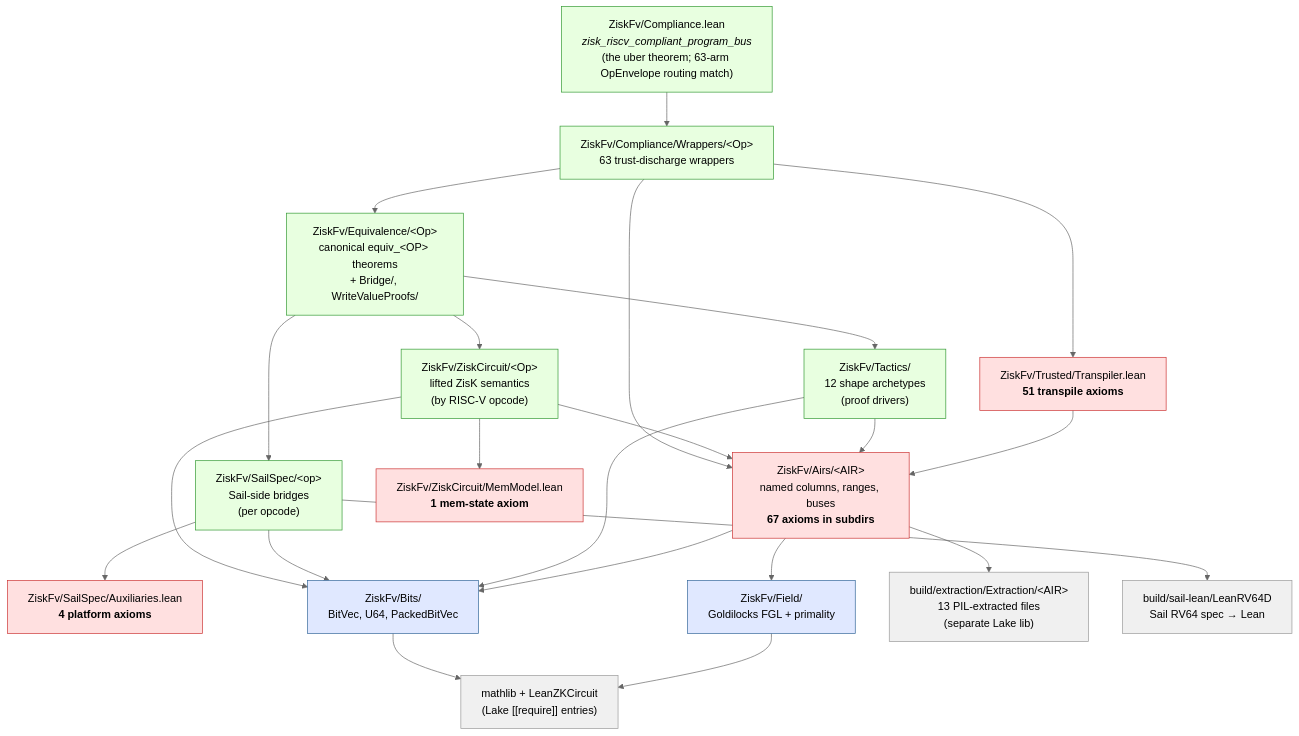
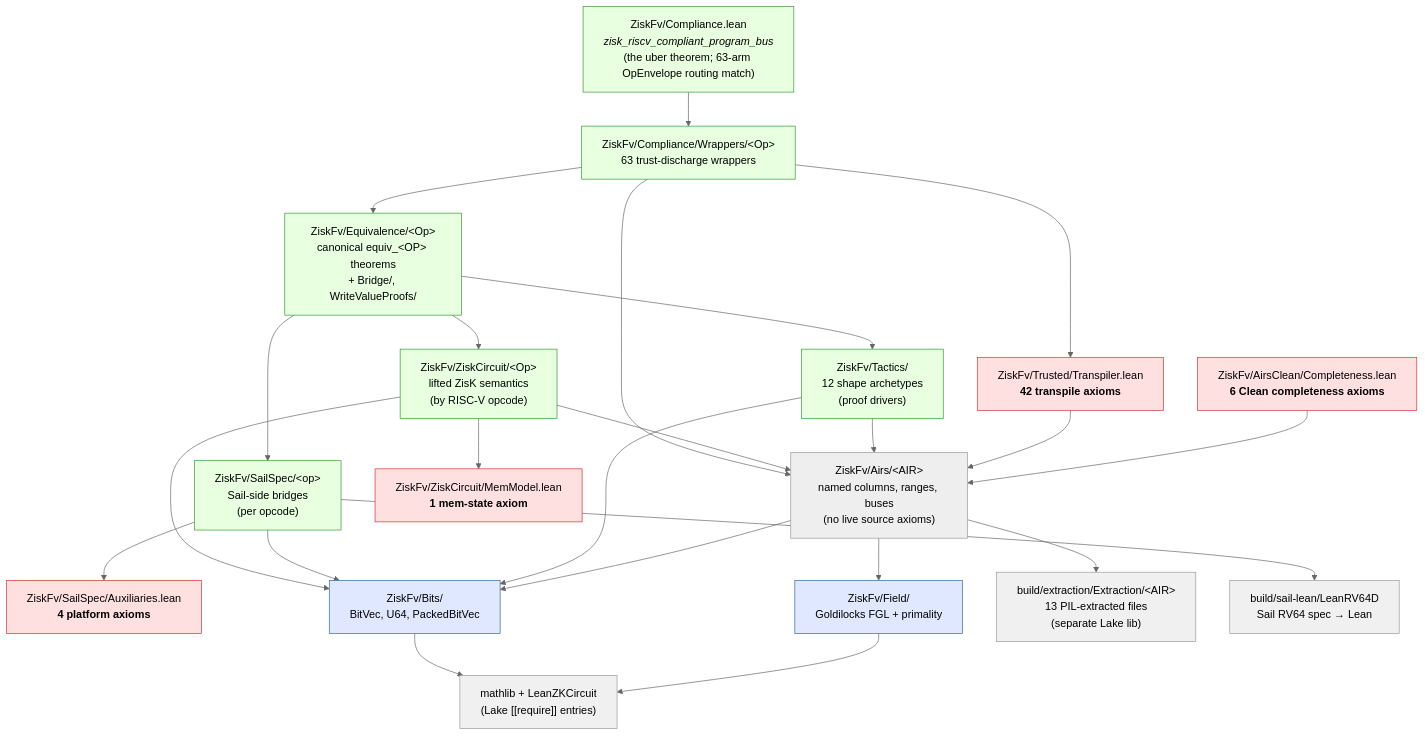
The diagram in README.md (eth-act/zisk-fv), drawn with Mermaid (neutral theme) before and after one commit. The commit also changed other lines of this file and 16 other files, not shown here.

Commit message:
docs: refresh Clean trust ledger counts

````diff
--- a/README.md
+++ b/README.md
@@ -137,49 +140,51 @@
 ```mermaid
 graph TD
   Compliance["ZiskFv/Compliance.lean<br/><i>zisk_riscv_compliant_program_bus</i><br/>(the uber theorem; 63-arm OpEnvelope routing match)"]
   Wrappers["ZiskFv/Compliance/Wrappers/&lt;Op&gt;<br/>63 trust-discharge wrappers"]
   Equiv["ZiskFv/Equivalence/&lt;Op&gt;<br/>canonical equiv_&lt;OP&gt; theorems<br/>+ Bridge/, WriteValueProofs/"]
   ZiskCircuit["ZiskFv/ZiskCircuit/&lt;Op&gt;<br/>lifted ZisK semantics<br/>(by RISC-V opcode)"]
   SailSpec["ZiskFv/SailSpec/&lt;op&gt;<br/>Sail-side bridges<br/>(per opcode)"]
   Tactics["ZiskFv/Tactics/<br/>12 shape archetypes<br/>(proof drivers)"]
-  Airs["ZiskFv/Airs/&lt;AIR&gt;<br/>named columns, ranges, buses<br/><b>67 axioms in subdirs</b>"]
-  Trusted["ZiskFv/Trusted/Transpiler.lean<br/><b>51 transpile axioms</b>"]
+  Airs["ZiskFv/Airs/&lt;AIR&gt;<br/>named columns, ranges, buses<br/>(no live source axioms)"]
+  AirsClean["ZiskFv/AirsClean/Completeness.lean<br/><b>6 Clean completeness axioms</b>"]
+  Trusted["ZiskFv/Trusted/Transpiler.lean<br/><b>42 transpile axioms</b>"]
   MemModel["ZiskFv/ZiskCircuit/MemModel.lean<br/><b>1 mem-state axiom</b>"]
   Auxiliaries["ZiskFv/SailSpec/Auxiliaries.lean<br/><b>4 platform axioms</b>"]
   Bits["ZiskFv/Bits/<br/>BitVec, U64, PackedBitVec"]
   Field["ZiskFv/Field/<br/>Goldilocks FGL + primality"]
   Extraction["build/extraction/Extraction/&lt;AIR&gt;<br/>13 PIL-extracted files<br/>(separate Lake lib)"]
   SailLean["build/sail-lean/LeanRV64D<br/>Sail RV64 spec → Lean"]
   Mathlib["mathlib + LeanZKCircuit<br/>(Lake [[require]] entries)"]
 
   Compliance --> Wrappers
   Wrappers --> Equiv
   Wrappers --> Trusted
   Wrappers --> Airs
   Equiv --> Tactics
   Equiv --> ZiskCircuit
   Equiv --> SailSpec
   ZiskCircuit --> Airs
   ZiskCircuit --> MemModel
   ZiskCircuit --> Bits
   SailSpec --> SailLean
   SailSpec --> Auxiliaries
   SailSpec --> Bits
   Tactics --> Airs
   Tactics --> Bits
   Airs --> Extraction
   Airs --> Field
   Airs --> Bits
   Trusted --> Airs
+  AirsClean --> Airs
   Bits --> Mathlib
   Field --> Mathlib
 
   classDef trust fill:#ffe0e0,stroke:#c33,color:#000
   classDef build fill:#e0e8ff,stroke:#369,color:#000
   classDef proof fill:#e8ffe0,stroke:#393,color:#000
   classDef external fill:#f0f0f0,stroke:#999,color:#000
-  class Trusted,MemModel,Auxiliaries,Airs trust
+  class Trusted,MemModel,Auxiliaries,AirsClean trust
   class Extraction,SailLean,Mathlib external
   class Compliance,Wrappers,Equiv,ZiskCircuit,SailSpec,Tactics proof
   class Bits,Field build
 ```
````
